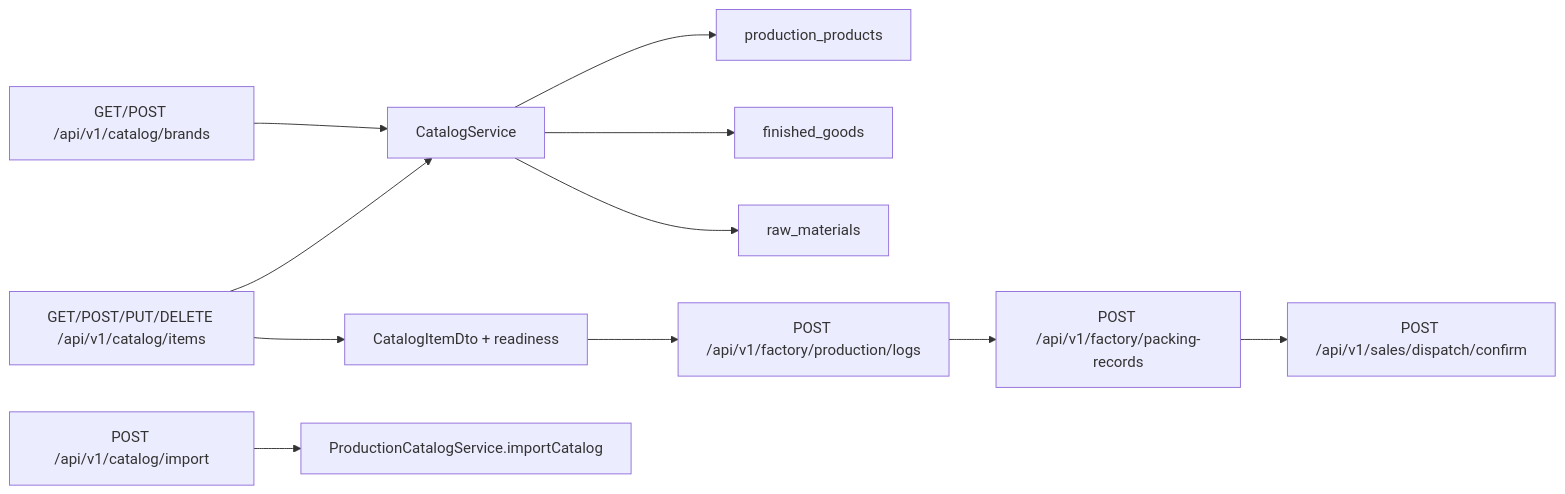
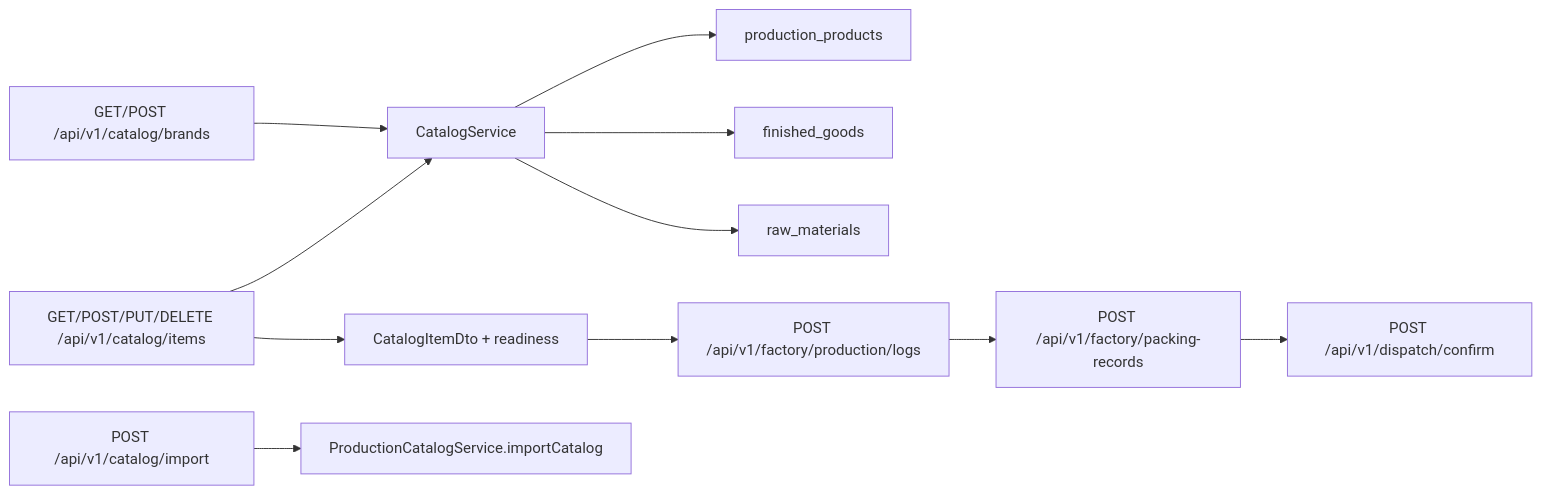
The diagram in docs/developer/catalog-consolidation/01-current-state-flow.md (anasibnanwar-XYE/bigbrightpaints-erp), drawn with Mermaid before and after one commit. The commit also changed other lines of this file and 53 other files, not shown here.

````diff
--- a/docs/developer/catalog-consolidation/01-current-state-flow.md
+++ b/docs/developer/catalog-consolidation/01-current-state-flow.md
@@ -28,15 +28,15 @@
 ```mermaid
 flowchart LR
     BRANDS["GET/POST /api/v1/catalog/brands"] --> CS["CatalogService"]
     ITEMS["GET/POST/PUT/DELETE /api/v1/catalog/items"] --> CS
     IMPORT["POST /api/v1/catalog/import"] --> PCS["ProductionCatalogService.importCatalog"]
 
     CS --> PP["production_products"]
     CS --> FG["finished_goods"]
     CS --> RM["raw_materials"]
     ITEMS --> READY["CatalogItemDto + readiness"]
 
     READY --> BATCH["POST /api/v1/factory/production/logs"]
     BATCH --> PACK["POST /api/v1/factory/packing-records"]
-    PACK --> DISPATCH["POST /api/v1/sales/dispatch/confirm"]
+    PACK --> DISPATCH["POST /api/v1/dispatch/confirm"]
 ```
````
